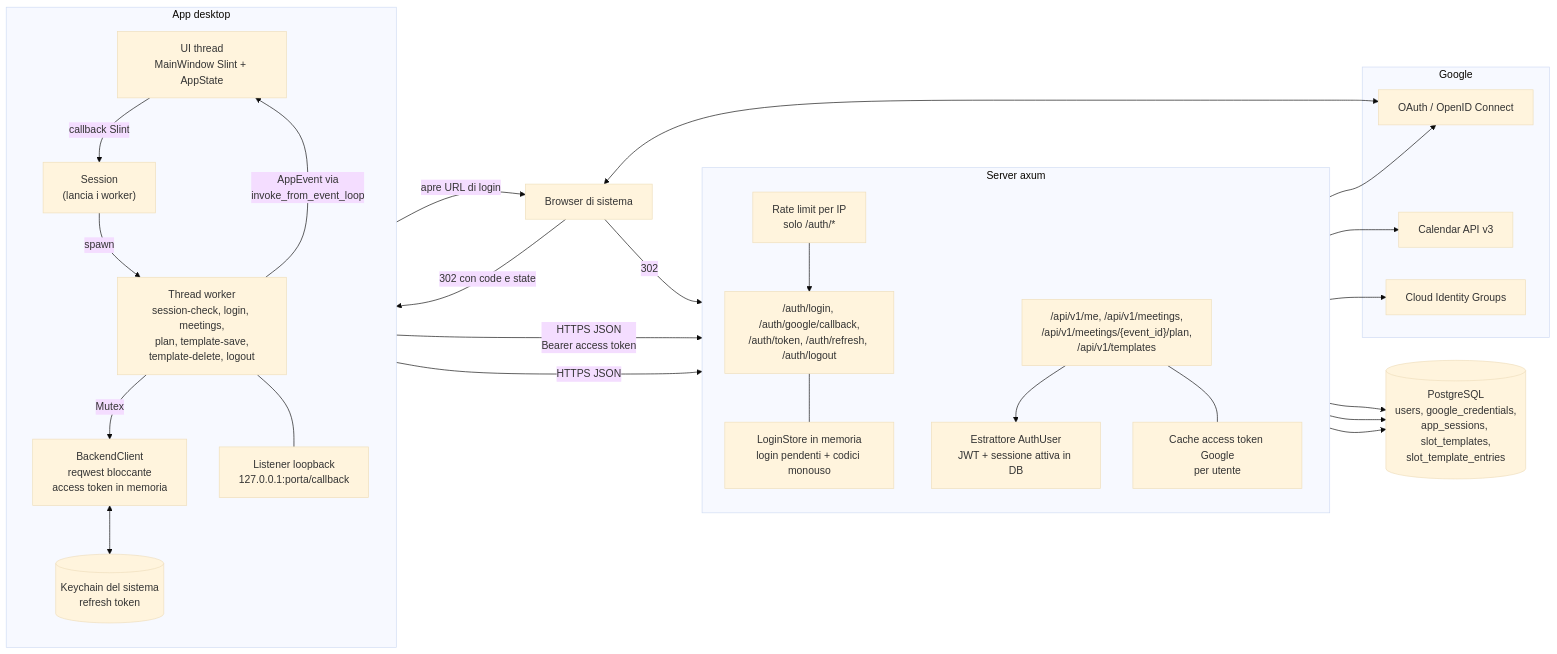
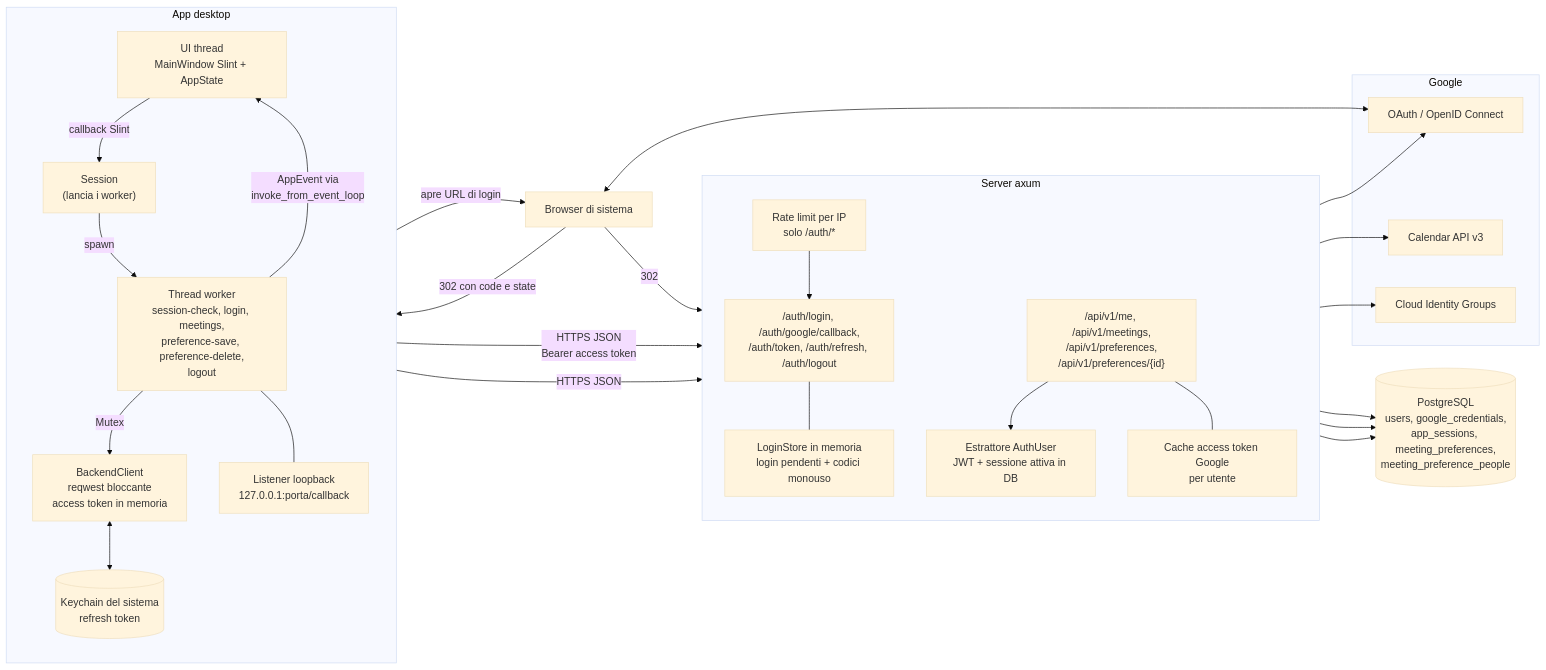
One commit to JustCris654/Schisaciaccole changed the second of 9 diagrams in docs/guide/flusso-frontend-backend.md. Above: the diagram before and after it, drawn with Mermaid (base theme). The commit also changed other lines of this file and 3 other files, not shown here.

First line of the commit message:
docs: describe meeting preferences and the local editor

````diff
--- a/docs/guide/flusso-frontend-backend.md
+++ b/docs/guide/flusso-frontend-backend.md
@@ -87,55 +87,55 @@
 ```mermaid
 flowchart LR
     subgraph DESKTOP["App desktop"]
         direction TB
         UI["UI thread<br/>MainWindow Slint + AppState"]
         SES["Session<br/>(lancia i worker)"]
-        WK["Thread worker<br/>session-check, login, meetings,<br/>plan, template-save,<br/>template-delete, logout"]
+        WK["Thread worker<br/>session-check, login, meetings,<br/>preference-save, preference-delete,<br/>logout"]
         BC["BackendClient<br/>reqwest bloccante<br/>access token in memoria"]
         KC[("Keychain del sistema<br/>refresh token")]
         LB["Listener loopback<br/>127.0.0.1:porta/callback"]
         UI -- "callback Slint" --> SES
         SES -- "spawn" --> WK
         WK -- "Mutex" --> BC
         BC <--> KC
         WK -- "AppEvent via<br/>invoke_from_event_loop" --> UI
         WK --- LB
     end
 
     BROWSER["Browser di sistema"]
 
     subgraph SERVER["Server axum"]
         direction TB
         RL["Rate limit per IP<br/>solo /auth/*"]
         AUTH["/auth/login, /auth/google/callback,<br/>/auth/token, /auth/refresh, /auth/logout"]
-        API["/api/v1/me, /api/v1/meetings,<br/>/api/v1/meetings/{event_id}/plan,<br/>/api/v1/templates"]
+        API["/api/v1/me, /api/v1/meetings,<br/>/api/v1/preferences,<br/>/api/v1/preferences/{id}"]
         AU["Estrattore AuthUser<br/>JWT + sessione attiva in DB"]
         LS["LoginStore in memoria<br/>login pendenti + codici monouso"]
         GTC["Cache access token Google<br/>per utente"]
         RL --> AUTH
         AUTH --- LS
         API --> AU
         API --- GTC
     end
 
-    PG[("PostgreSQL<br/>users, google_credentials,<br/>app_sessions, slot_templates,<br/>slot_template_entries")]
+    PG[("PostgreSQL<br/>users, google_credentials,<br/>app_sessions, meeting_preferences,<br/>meeting_preference_people")]
 
     subgraph GOOGLE["Google"]
         GO["OAuth / OpenID Connect"]
         GCAL["Calendar API v3"]
         GCI["Cloud Identity Groups"]
     end
 
     BC -- "HTTPS JSON<br/>Bearer access token" --> API
     BC -- "HTTPS JSON" --> AUTH
     WK -- "apre URL di login" --> BROWSER
     BROWSER -- "302" --> AUTH
     BROWSER <--> GO
     BROWSER -- "302 con code e state" --> LB
     AUTH --> PG
     AU --> PG
     API --> PG
     AUTH --> GO
     API --> GCAL
     API --> GCI
 ```
````
